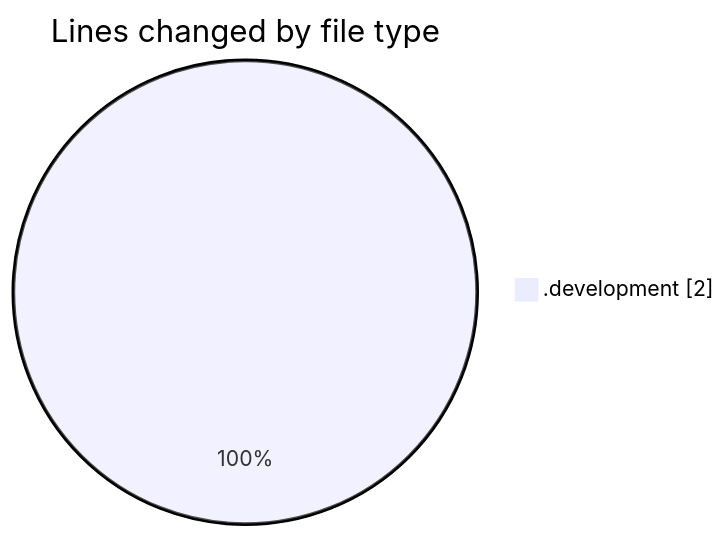
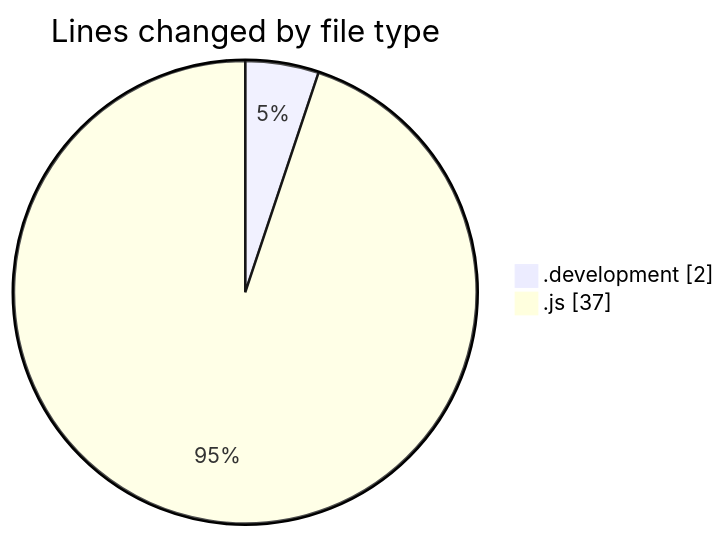
The first of 2 diagrams in 2025-11-10/nxtqube_webapp/README.md (nxtqubesakshisongat/code-tracking), drawn with Mermaid before and after one commit. The commit also changed other lines of this file and 1 other file, not shown here.

````diff
--- a/2025-11-10/nxtqube_webapp/README.md
+++ b/2025-11-10/nxtqube_webapp/README.md
@@ -20,5 +21,6 @@
 ```mermaid
 pie showData
 title Lines changed by file type
 ".development" : 2
+".js" : 37
 ```
````
